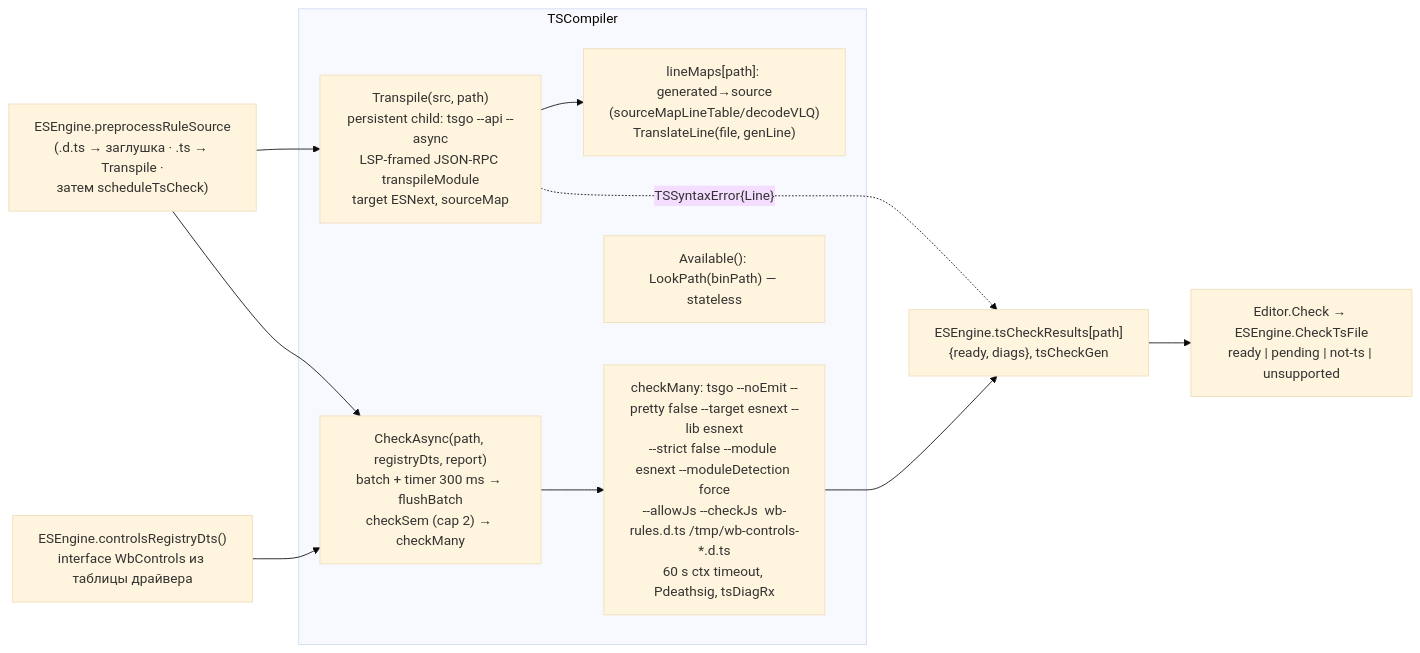
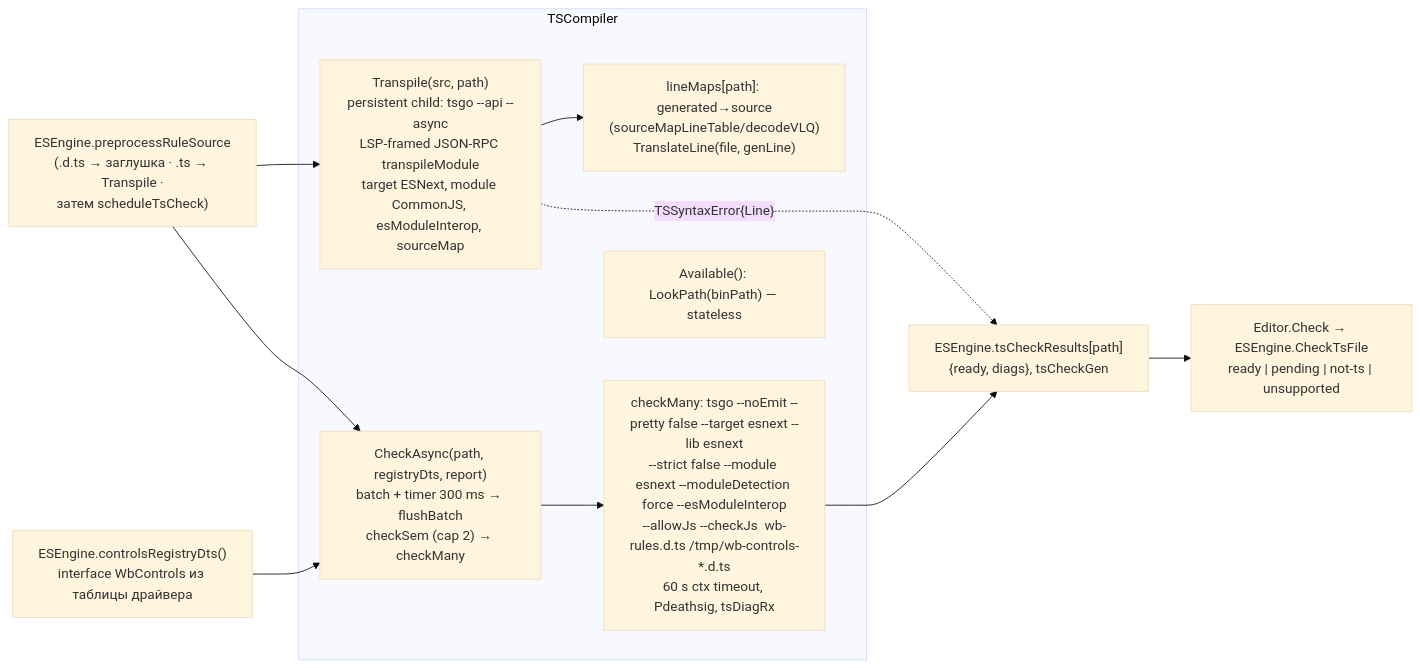
The fourth of 4 diagrams in docs/arc42/05-building-blocks.md (wirenboard/wb-rules), drawn with Mermaid (base theme) before and after one commit. The commit also changed other lines of this file and 16 other files, not shown here.

````diff
--- a/docs/arc42/05-building-blocks.md
+++ b/docs/arc42/05-building-blocks.md
@@ -139,20 +140,20 @@
 ```mermaid
 graph LR
     subgraph TSC["TSCompiler"]
-        TR["Transpile(src, path)<br/>persistent child: tsgo --api --async<br/>LSP-framed JSON-RPC transpileModule<br/>target ESNext, sourceMap"]
+        TR["Transpile(src, path)<br/>persistent child: tsgo --api --async<br/>LSP-framed JSON-RPC transpileModule<br/>target ESNext, module CommonJS, esModuleInterop, sourceMap"]
         LM["lineMaps[path]: generated→source<br/>(sourceMapLineTable/decodeVLQ)<br/>TranslateLine(file, genLine)"]
         CA["CheckAsync(path, registryDts, report)<br/>batch + timer 300 ms → flushBatch<br/>checkSem (cap 2) → checkMany"]
-        CM["checkMany: tsgo --noEmit --pretty false --target esnext --lib esnext<br/>--strict false --module esnext --moduleDetection force<br/>--allowJs --checkJs <paths> wb-rules.d.ts /tmp/wb-controls-*.d.ts<br/>60 s ctx timeout, Pdeathsig, tsDiagRx"]
+        CM["checkMany: tsgo --noEmit --pretty false --target esnext --lib esnext<br/>--strict false --module esnext --moduleDetection force --esModuleInterop<br/>--allowJs --checkJs <paths> wb-rules.d.ts /tmp/wb-controls-*.d.ts<br/>60 s ctx timeout, Pdeathsig, tsDiagRx"]
         AV["Available(): LookPath(binPath) — stateless"]
     end
     PRE["ESEngine.preprocessRuleSource<br/>(.d.ts → заглушка · .ts → Transpile ·<br/>затем scheduleTsCheck)"]
     REG["ESEngine.controlsRegistryDts()<br/>interface WbControls из таблицы драйвера"]
     CACHE["ESEngine.tsCheckResults[path]<br/>{ready, diags}, tsCheckGen"]
     EDCHK["Editor.Check → ESEngine.CheckTsFile<br/>ready | pending | not-ts | unsupported"]
     PRE --> TR --> LM
     PRE --> CA
     REG --> CA
     CA --> CM --> CACHE
     CACHE --> EDCHK
     TR -. "TSSyntaxError{Line}" .-> CACHE
 ```
````
